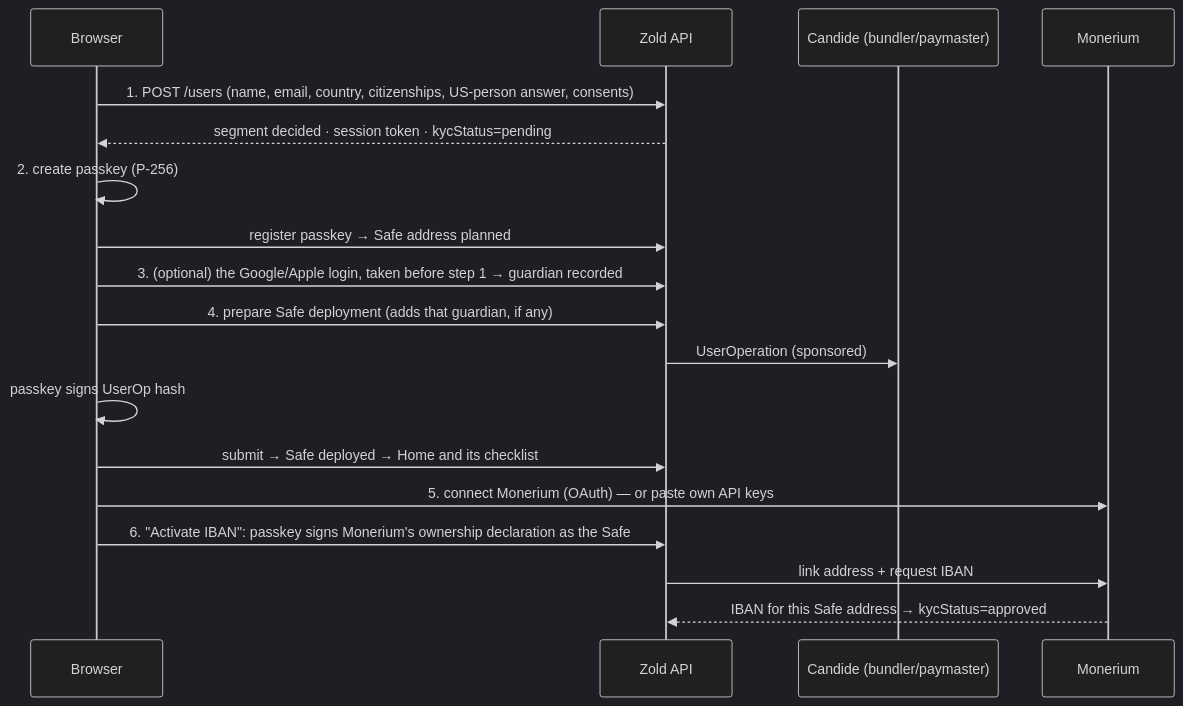
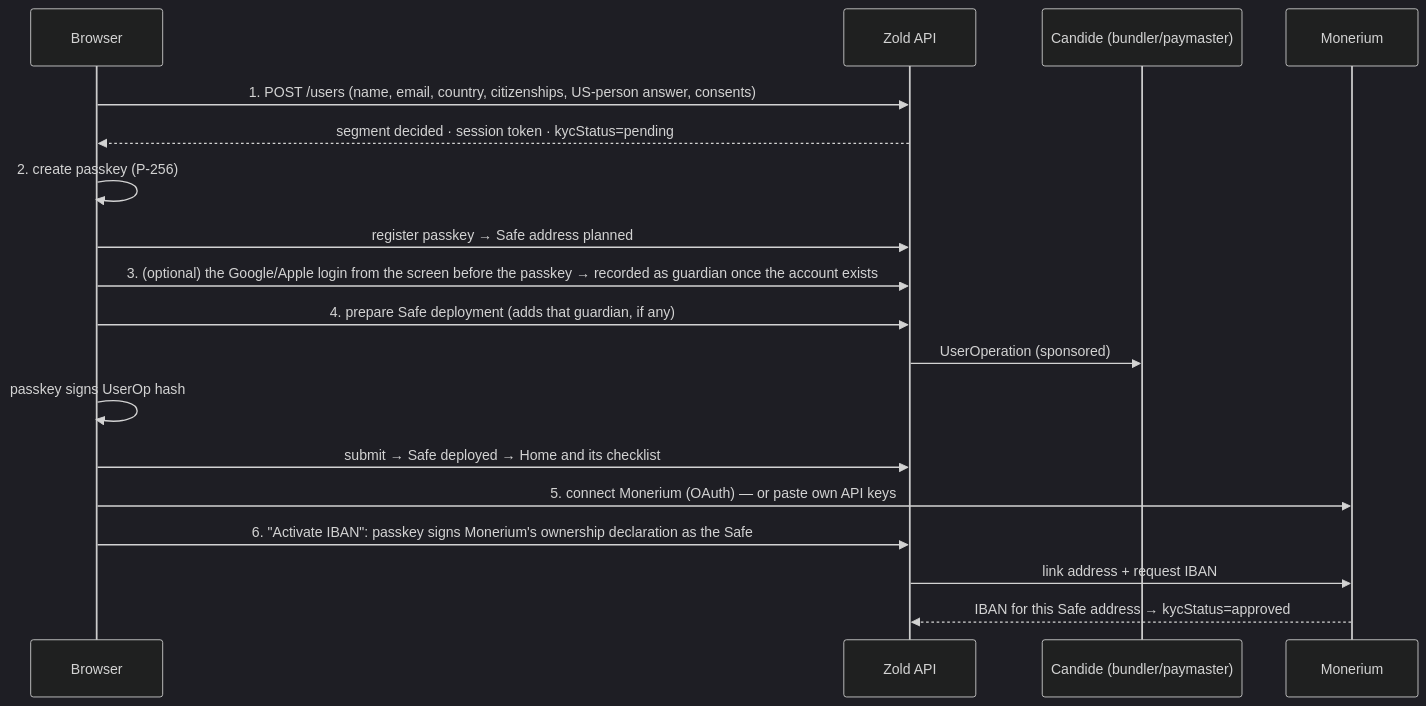
Before and after one commit to Zoldenburg-me/Zold-app: the third of 5 diagrams in docs/architecture/product-architecture.md, drawn with Mermaid (dark theme). The commit also changed 3 other files, not shown here.

````diff
--- a/docs/architecture/product-architecture.md
+++ b/docs/architecture/product-architecture.md
@@ -162,20 +162,20 @@
 ```mermaid
 sequenceDiagram
   participant B as Browser
   participant Z as Zold API
   participant C as Candide (bundler/paymaster)
   participant M as Monerium
   B->>Z: 1. POST /users (name, email, country, citizenships, US-person answer, consents)
   Z-->>B: segment decided · session token · kycStatus=pending
   B->>B: 2. create passkey (P-256)
   B->>Z: register passkey → Safe address planned
-  B->>Z: 3. (optional) the Google/Apple login, taken before step 1 → guardian recorded
+  B->>Z: 3. (optional) the Google/Apple login from the screen before the passkey → recorded as guardian once the account exists
   B->>Z: 4. prepare Safe deployment (adds that guardian, if any)
   Z->>C: UserOperation (sponsored)
   B->>B: passkey signs UserOp hash
   B->>Z: submit → Safe deployed → Home and its checklist
   B->>M: 5. connect Monerium (OAuth) — or paste own API keys
   B->>Z: 6. "Activate IBAN": passkey signs Monerium's ownership declaration as the Safe
   Z->>M: link address + request IBAN
   M-->>Z: IBAN for this Safe address → kycStatus=approved
 ```
````
